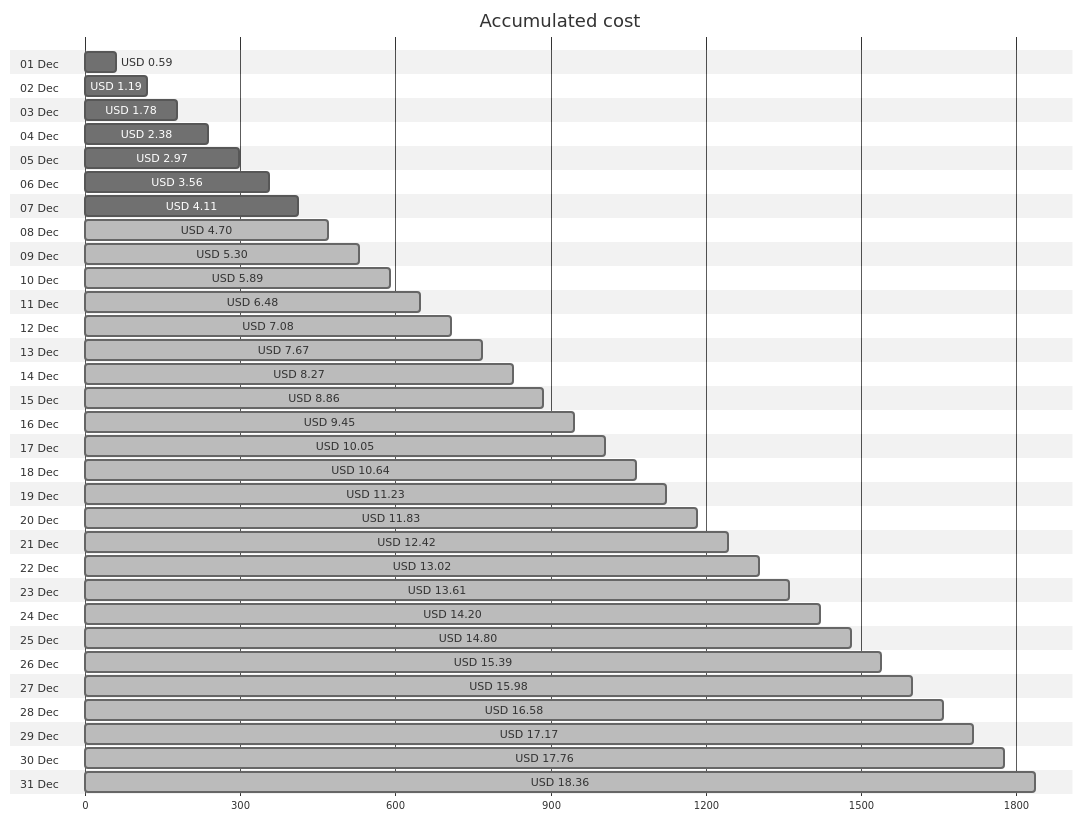
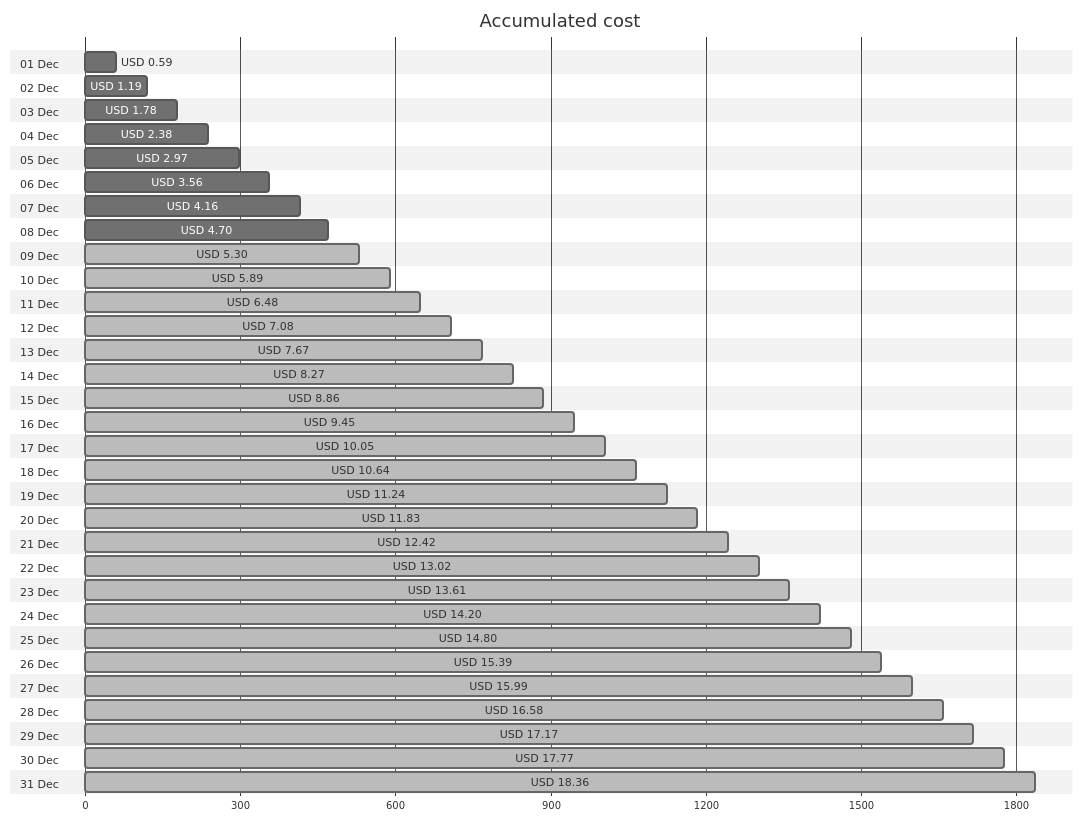
Before and after one commit to jpfulton/azure-personal-reports: the first of 4 diagrams in cost-reports/personal-site/README.md, drawn with Mermaid (neutral theme). The commit also changed other lines of this file and 6 other files, not shown here.

````diff
--- a/cost-reports/personal-site/README.md
+++ b/cost-reports/personal-site/README.md
@@ -20,68 +20,68 @@
 ```mermaid
 gantt
    title Accumulated cost
    dateFormat  X
    axisFormat %s
    section 01 Dec
    USD 0.59 :0, 59
    section 02 Dec
    USD 1.19 :0, 119
    section 03 Dec
    USD 1.78 :0, 178
    section 04 Dec
    USD 2.38 :0, 238
    section 05 Dec
    USD 2.97 :0, 297
    section 06 Dec
    USD 3.56 :0, 356
    section 07 Dec
-   USD 4.11 :0, 411
+   USD 4.16 :0, 416
    section 08 Dec
-   USD 4.70 : done, 0, 470
+   USD 4.70 :0, 470
    section 09 Dec
    USD 5.30 : done, 0, 530
    section 10 Dec
    USD 5.89 : done, 0, 589
    section 11 Dec
    USD 6.48 : done, 0, 648
    section 12 Dec
    USD 7.08 : done, 0, 708
    section 13 Dec
    USD 7.67 : done, 0, 767
    section 14 Dec
    USD 8.27 : done, 0, 827
    section 15 Dec
    USD 8.86 : done, 0, 886
    section 16 Dec
    USD 9.45 : done, 0, 945
    section 17 Dec
    USD 10.05 : done, 0, 1005
    section 18 Dec
    USD 10.64 : done, 0, 1064
    section 19 Dec
-   USD 11.23 : done, 0, 1123
+   USD 11.24 : done, 0, 1124
    section 20 Dec
    USD 11.83 : done, 0, 1183
    section 21 Dec
    USD 12.42 : done, 0, 1242
    section 22 Dec
    USD 13.02 : done, 0, 1302
    section 23 Dec
    USD 13.61 : done, 0, 1361
    section 24 Dec
    USD 14.20 : done, 0, 1420
    section 25 Dec
    USD 14.80 : done, 0, 1480
    section 26 Dec
    USD 15.39 : done, 0, 1539
    section 27 Dec
-   USD 15.98 : done, 0, 1598
+   USD 15.99 : done, 0, 1599
    section 28 Dec
    USD 16.58 : done, 0, 1658
    section 29 Dec
    USD 17.17 : done, 0, 1717
    section 30 Dec
-   USD 17.76 : done, 0, 1776
+   USD 17.77 : done, 0, 1777
    section 31 Dec
    USD 18.36 : done, 0, 1836
 ```
````
